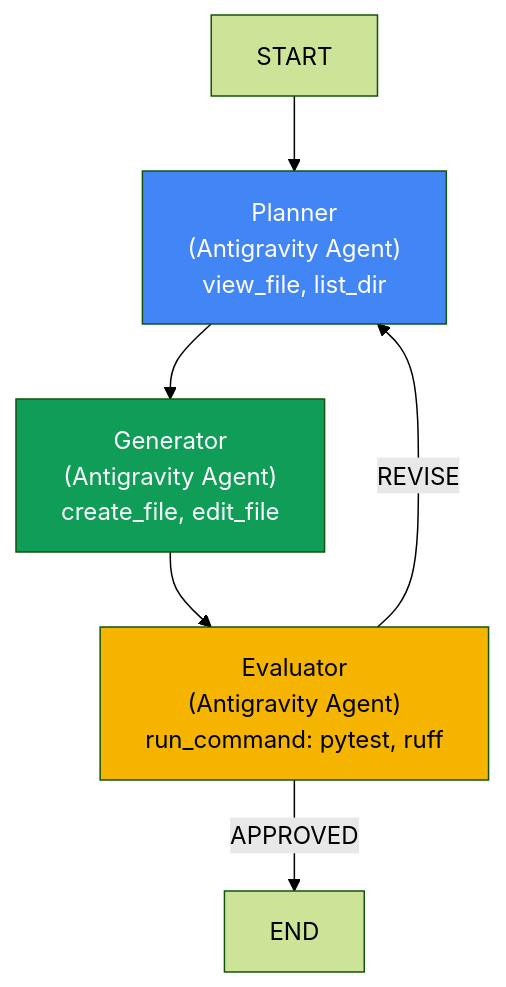
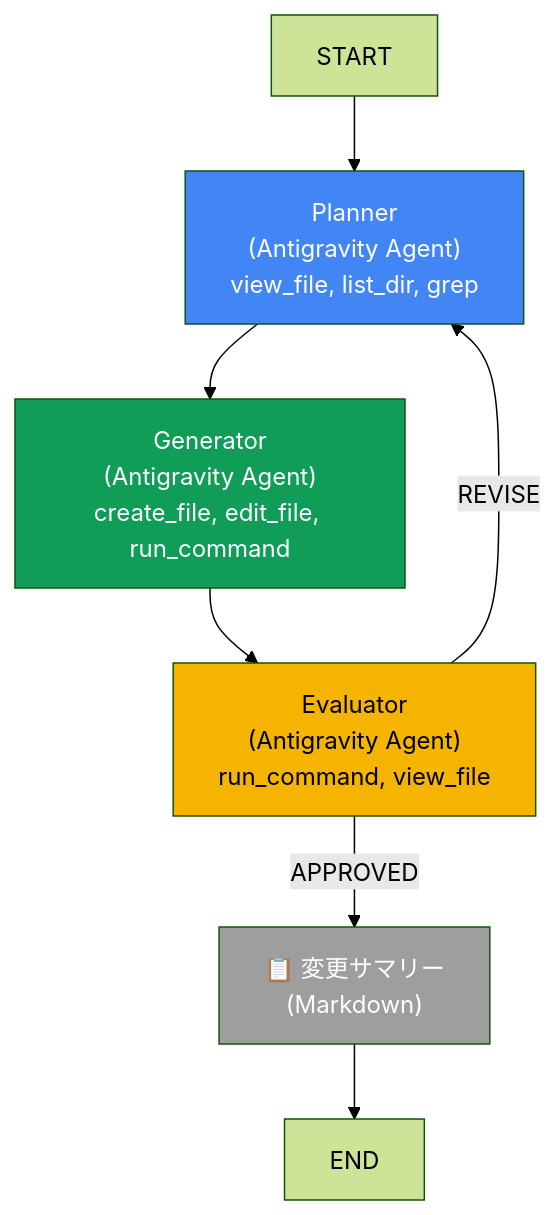
One commit to tyorikan/agent-design-patterns changed the diagram in patterns/agentic_pipeline/README.md. Above: the diagram before and after it, drawn with Mermaid (forest theme). The commit also changed other lines of this file, not shown here.

````diff
--- a/patterns/agentic_pipeline/README.md
+++ b/patterns/agentic_pipeline/README.md
@@ -28,12 +29,14 @@
 ```mermaid
 graph TD
-    START["START"] --> P["Planner<br/>(Antigravity Agent)<br/>view_file, list_dir"]
-    P --> G["Generator<br/>(Antigravity Agent)<br/>create_file, edit_file"]
-    G --> E["Evaluator<br/>(Antigravity Agent)<br/>run_command: pytest, ruff"]
+    START["START"] --> P["Planner<br/>(Antigravity Agent)<br/>view_file, list_dir, grep"]
+    P --> G["Generator<br/>(Antigravity Agent)<br/>create_file, edit_file, run_command"]
+    G --> E["Evaluator<br/>(Antigravity Agent)<br/>run_command, view_file"]
     E -->|REVISE| P
-    E -->|APPROVED| END["END"]
+    E -->|APPROVED| SUMMARY["📋 変更サマリー<br/>(Markdown)"]
+    SUMMARY --> END["END"]
 
     style P fill:#4285F4,color:#fff
     style G fill:#0F9D58,color:#fff
     style E fill:#F4B400,color:#000
+    style SUMMARY fill:#9E9E9E,color:#fff
 ```
````
